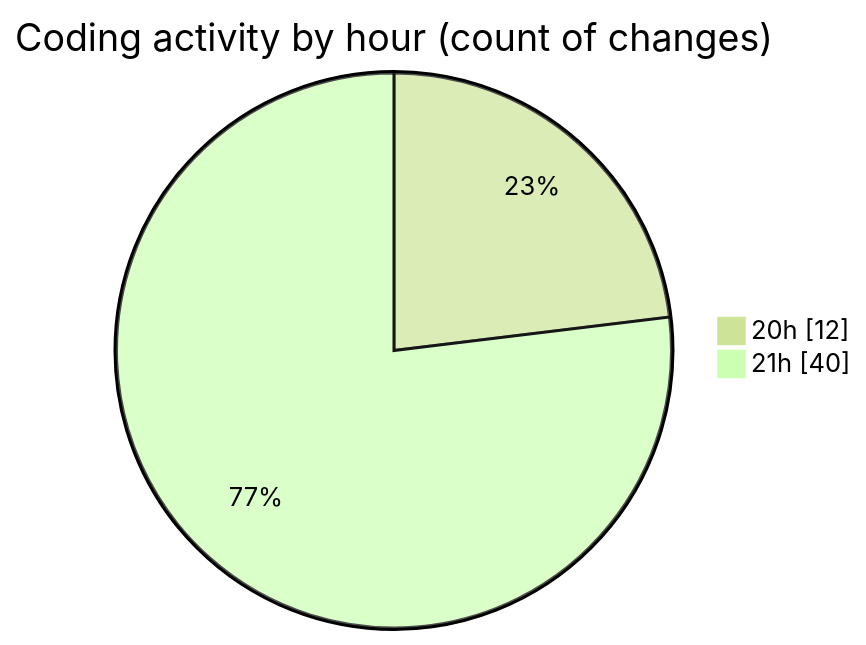
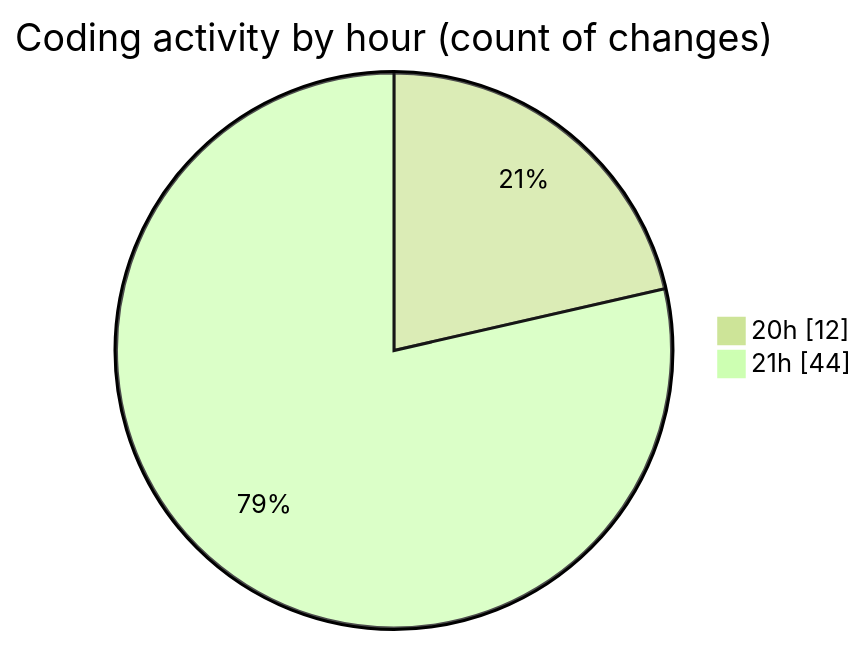
The second of 2 diagrams in 2025-04-24/echo/README.md (Netris89/code-tracking), drawn with Mermaid (forest theme) before and after one commit. The commit also changed other lines of this file and 1 other file, not shown here.

````diff
--- a/2025-04-24/echo/README.md
+++ b/2025-04-24/echo/README.md
@@ -30,6 +30,6 @@
 ```mermaid
 pie showData
 title Coding activity by hour (count of changes)
 "20h" : 12
-"21h" : 40
+"21h" : 44
 ```
````
